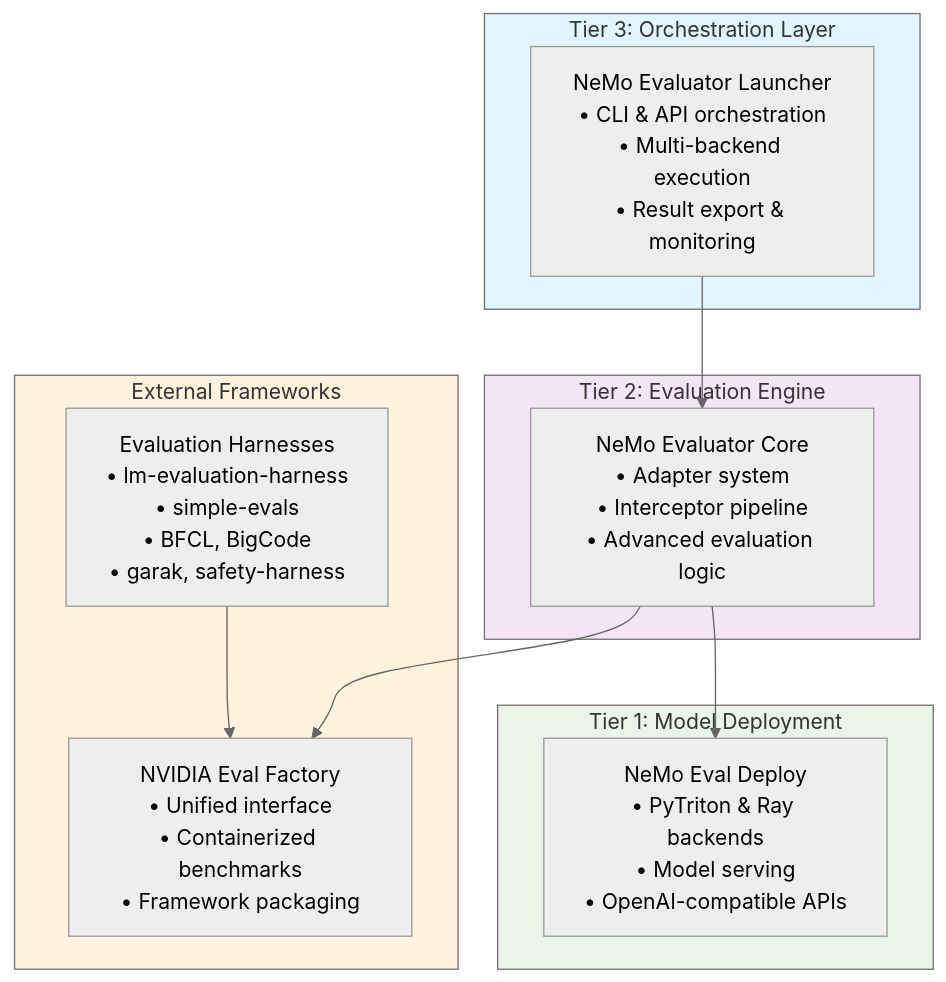
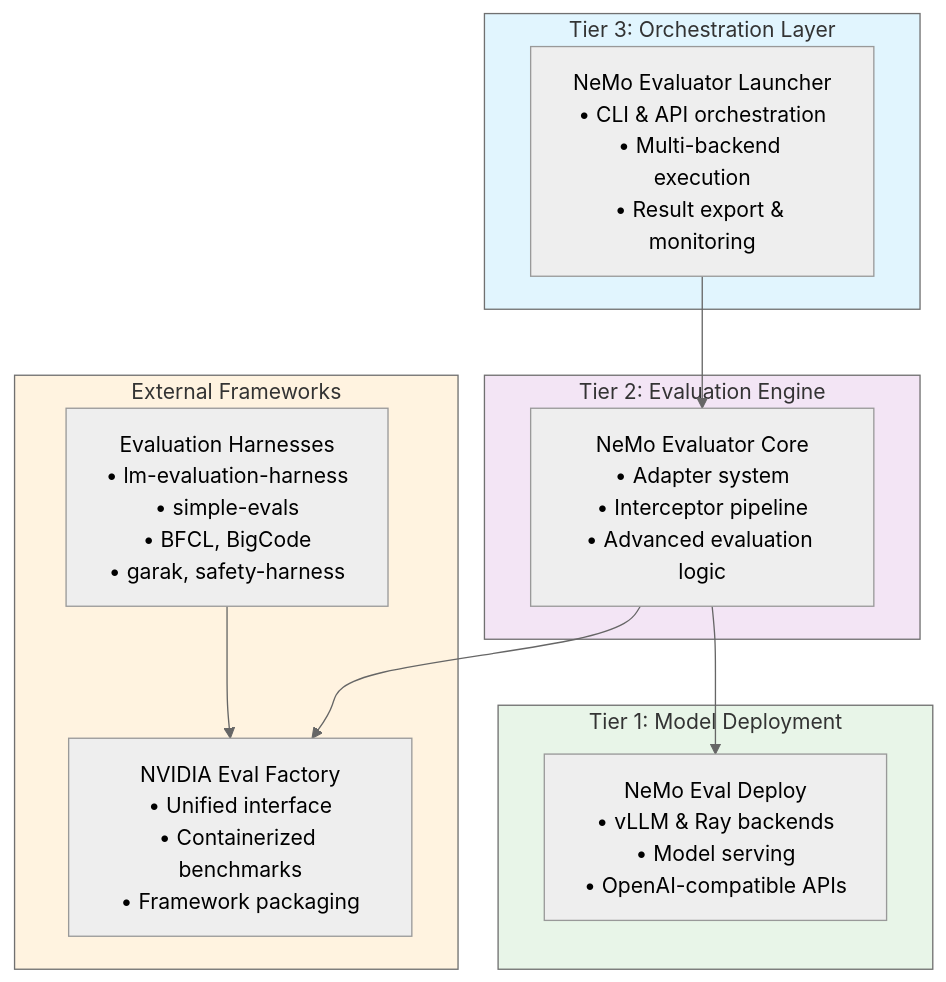
Before and after one commit to NVIDIA-NeMo/Evaluator: the first of 2 diagrams in docs/about/concepts/architecture.md, drawn with Mermaid (neutral theme). The commit also changed other lines of this file and 438 other files, not shown here.

````diff
--- a/docs/about/concepts/architecture.md
+++ b/docs/about/concepts/architecture.md
@@ -5,30 +5,30 @@
 ```{mermaid}
 graph TB
     subgraph Tier3[" Tier 3: Orchestration Layer"]
         Launcher["NeMo Evaluator Launcher<br/>• CLI & API orchestration<br/>• Multi-backend execution<br/>• Result export & monitoring"]
     end
     
     subgraph Tier2[" Tier 2: Evaluation Engine"]
         Evaluator["NeMo Evaluator Core<br/>• Adapter system<br/>• Interceptor pipeline<br/>• Advanced evaluation logic"]
     end
     
     subgraph Tier1[" Tier 1: Model Deployment"]
-        Deploy["NeMo Eval Deploy<br/>• PyTriton & Ray backends<br/>• Model serving<br/>• OpenAI-compatible APIs"]
+        Deploy["NeMo Eval Deploy<br/>• vLLM & Ray backends<br/>• Model serving<br/>• OpenAI-compatible APIs"]
     end
     
     subgraph External["External Frameworks"]
         EvalHarnesses["Evaluation Harnesses<br/>• lm-evaluation-harness<br/>• simple-evals<br/>• BFCL, BigCode<br/>• garak, safety-harness"]
         
         EvalFactory["NVIDIA Eval Factory<br/>• Unified interface<br/>• Containerized benchmarks<br/>• Framework packaging"]
     end
     
     Launcher --> Evaluator
     Evaluator --> Deploy
     Evaluator --> EvalFactory
     EvalHarnesses --> EvalFactory
     
     style Tier3 fill:#e1f5fe
     style Tier2 fill:#f3e5f5  
     style Tier1 fill:#e8f5e8
     style External fill:#fff3e0
 ```
````
